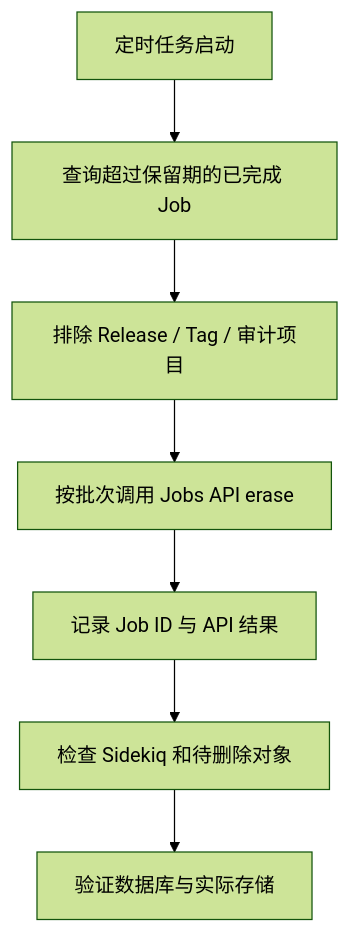
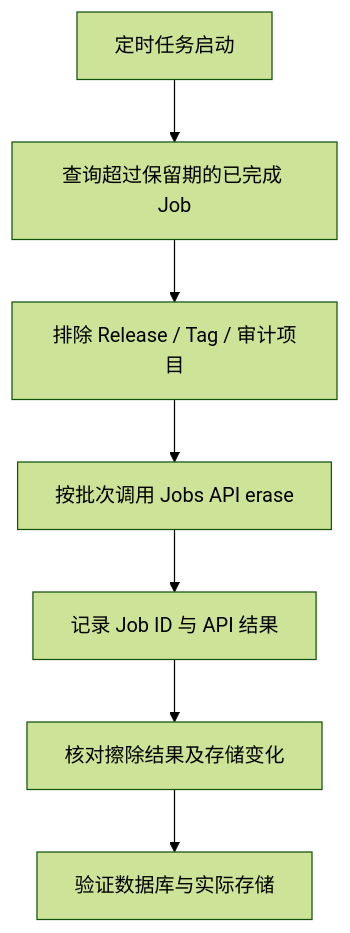
One commit to airsmon/marisme changed the second of 2 diagrams in content/articles/operation/gitlab/series 01/index.zh-cn.md. Above: the diagram before and after it, drawn with Mermaid (forest theme). The commit also changed other lines of this file and 61 other files, not shown here.

````diff
--- a/content/articles/operation/gitlab/series 01/index.zh-cn.md
+++ b/content/articles/operation/gitlab/series 01/index.zh-cn.md
@@ -647,9 +651,9 @@
 ```mermaid
 flowchart TD
   A["定时任务启动"] --> B["查询超过保留期的已完成 Job"]
   B --> C["排除 Release / Tag / 审计项目"]
   C --> D["按批次调用 Jobs API erase"]
   D --> E["记录 Job ID 与 API 结果"]
-  E --> F["检查 Sidekiq 和待删除对象"]
+  E --> F["核对擦除结果及存储变化"]
   F --> G["验证数据库与实际存储"]
 ```
````
